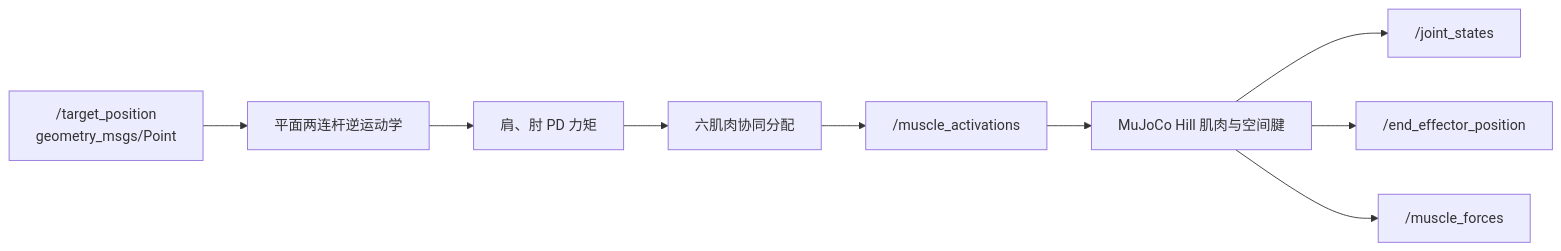
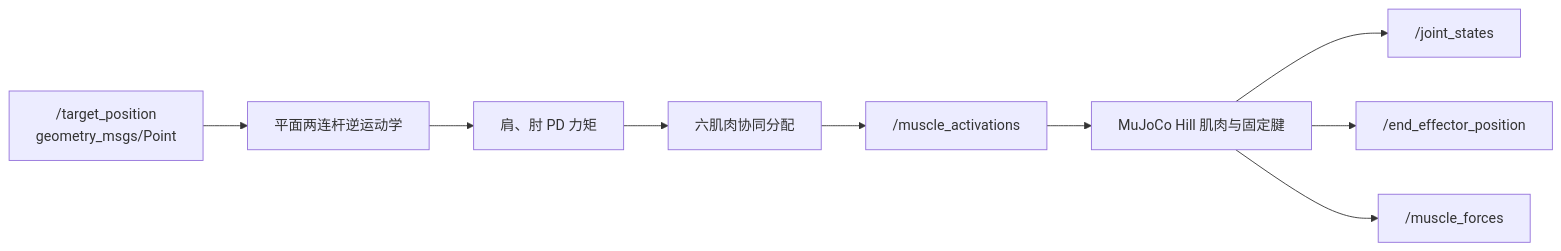
Before and after one commit to OpenHUTB/ros2: the diagram in docs/musculoskeletal/msk_arm_reach.md, drawn with Mermaid. The commit also changed other lines of this file and 6 other files, not shown here.

Commit message:
docs(msk): add ROS graph and runtime diagrams

````diff
--- a/docs/musculoskeletal/msk_arm_reach.md
+++ b/docs/musculoskeletal/msk_arm_reach.md
@@ -20,11 +20,11 @@
 ```mermaid
 flowchart LR
     A["/target_position<br/>geometry_msgs/Point"] --> B[平面两连杆逆运动学]
     B --> C[肩、肘 PD 力矩]
     C --> D[六肌肉协同分配]
     D --> E["/muscle_activations"]
-    E --> F[MuJoCo Hill 肌肉与空间腱]
+    E --> F[MuJoCo Hill 肌肉与固定腱]
     F --> G["/joint_states"]
     F --> H["/end_effector_position"]
     F --> I["/muscle_forces"]
 ```
````
